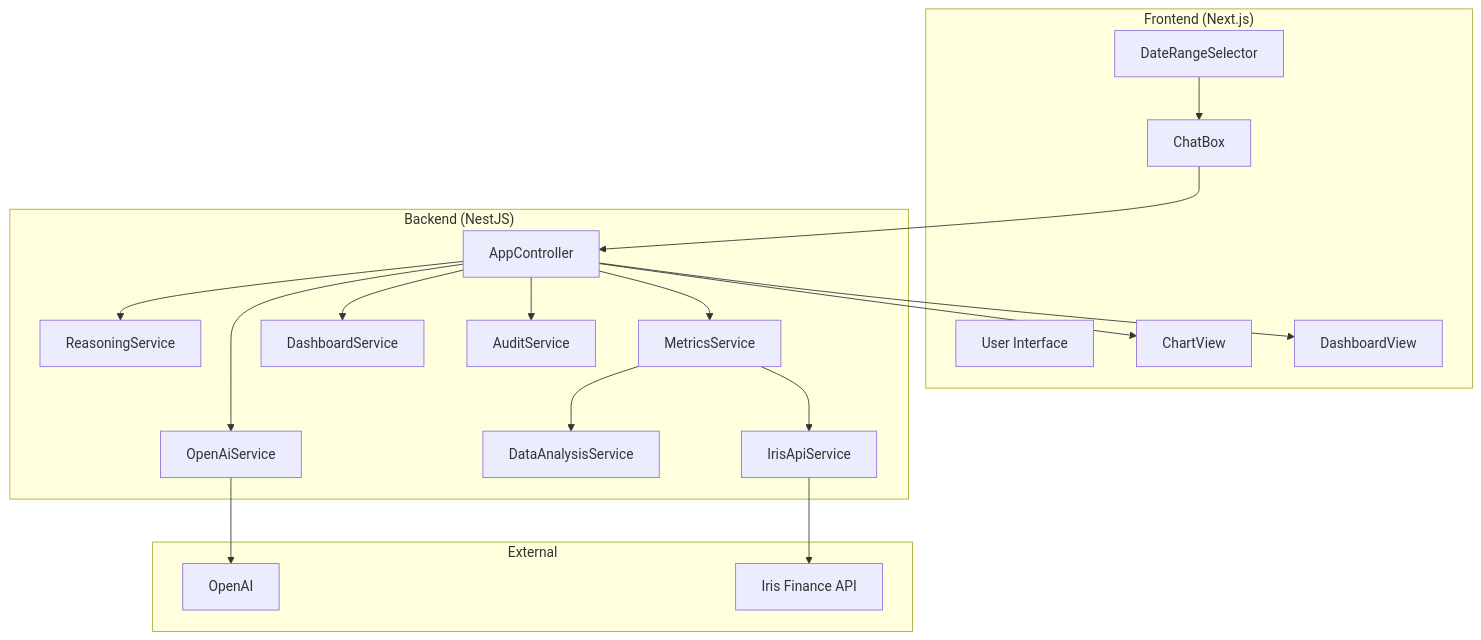
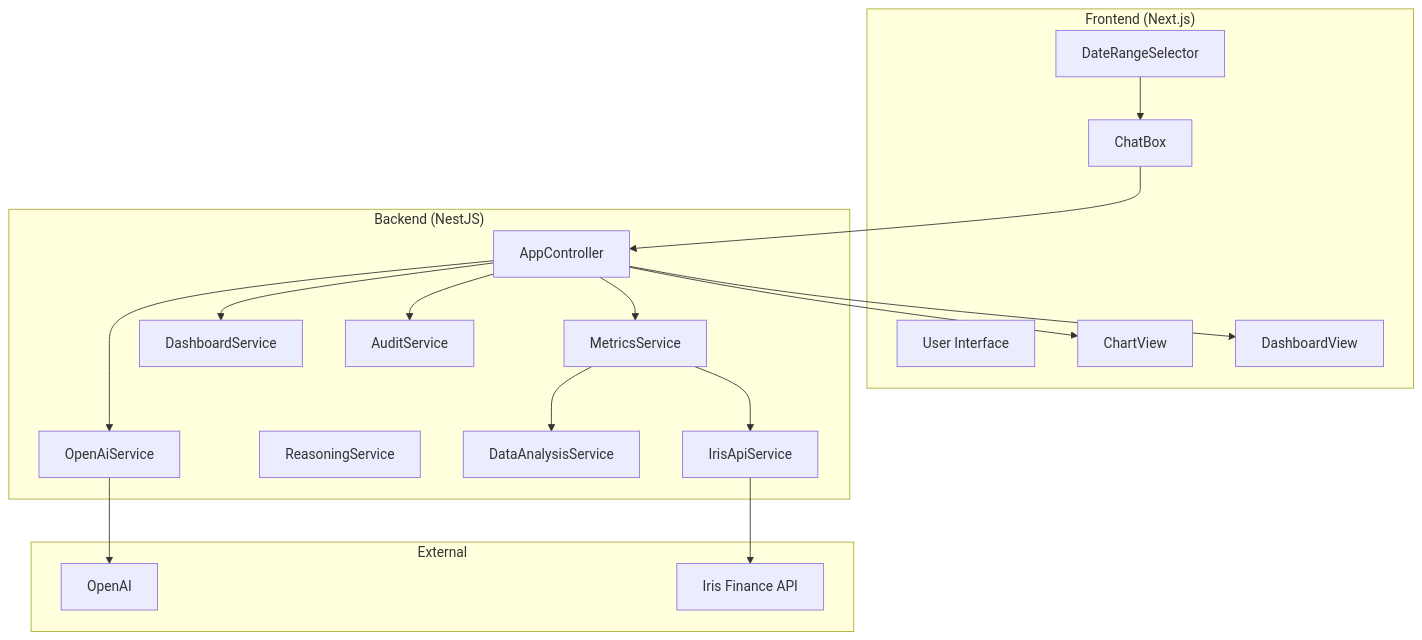
One commit to a-d-king/iris_chat_to_chart changed the diagram in README.md. Above: the diagram before and after it, drawn with Mermaid. The commit also changed other lines of this file and 8 other files, not shown here.

Commit message:
Removed single chart and simplified

````diff
--- a/README.md
+++ b/README.md
@@ -70,38 +69,38 @@
 ```mermaid
 graph TB
     subgraph "Frontend (Next.js)"
         UI[User Interface]
         ChatBox[ChatBox]
         DateSelector[DateRangeSelector]
         ChartView[ChartView]
         DashboardView[DashboardView]
     end
 
     subgraph "Backend (NestJS)"
         API[AppController]
         OpenAI[OpenAiService]
         Reasoning[ReasoningService]
         Metrics[MetricsService]
         DataAnalysis[DataAnalysisService]
         Dashboard[DashboardService]
         Audit[AuditService]
         IrisAPI[IrisApiService]
     end
 
     subgraph "External"
         GPT4[OpenAI]
         Iris[Iris Finance API]
     end
 
     ChatBox --> API
     DateSelector --> ChatBox
     API --> Metrics
     Metrics --> IrisAPI --> Iris
     Metrics --> DataAnalysis
     API --> OpenAI --> GPT4
-    API --> Reasoning
+    %% Reasoning node omitted in simplified flow
     API --> Dashboard
     API --> Audit
     API --> ChartView
     API --> DashboardView
 ```
````
